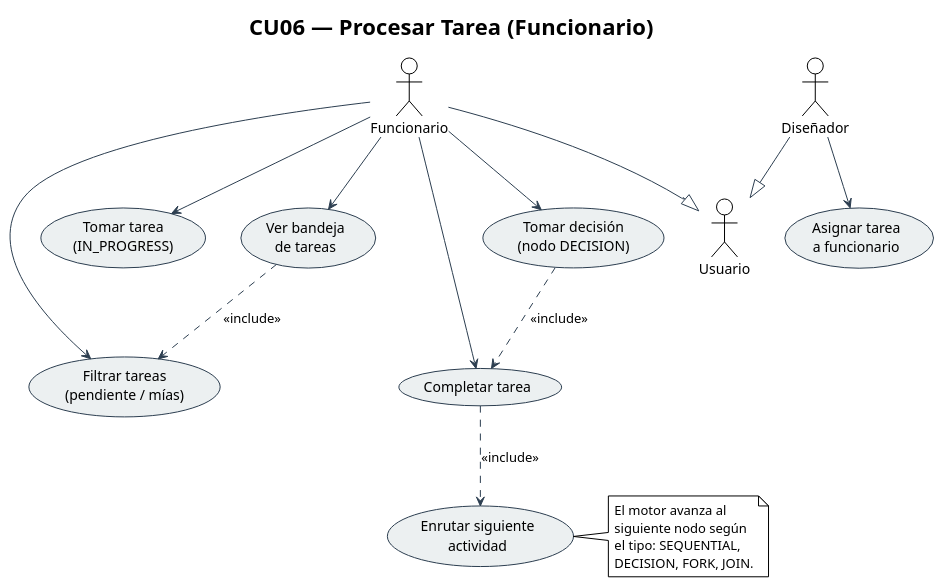
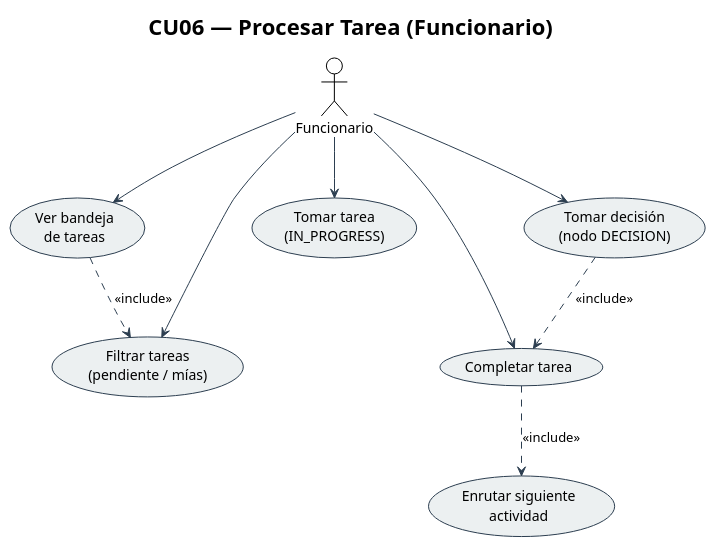
The diagram in docs/uml/cu06_procesar_tarea.puml (luisfernandoAngulo28/Examen1SW1), drawn with PlantUML before and after one commit. The commit also changed 61 other files, not shown here.

Commit message:
docs+feat: commit all documentation, UML diagrams, ai-service routes, mobile app updates

```diff
--- a/docs/uml/cu06_procesar_tarea.puml
+++ b/docs/uml/cu06_procesar_tarea.puml
@@ -1,46 +1,36 @@
 @startuml CU06_Procesar_Tarea
 !theme plain
 skinparam actorStyle default
 skinparam usecaseBorderColor #2C3E50
 skinparam usecaseBackgroundColor #ECF0F1
 skinparam arrowColor #2C3E50
 
 title CU06 — Procesar Tarea (Funcionario)
 
 ' ── Actores ──
 actor "Funcionario" as OFFICER
-actor "Diseñador"   as DESIGNER
-actor "Usuario"     as USER
 
-OFFICER  --|> USER
-DESIGNER --|> USER
+
 
 ' ── Casos de uso ──
 usecase "Ver bandeja\nde tareas"              as UC_INBOX
 usecase "Filtrar tareas\n(pendiente / mías)"  as UC_FILTER
 usecase "Tomar tarea\n(IN_PROGRESS)"          as UC_TAKE
-usecase "Asignar tarea\na funcionario"        as UC_ASSIGN
 usecase "Completar tarea"                     as UC_COMPLETE
 usecase "Tomar decisión\n(nodo DECISION)"     as UC_DECIDE
 usecase "Enrutar siguiente\nactividad"        as UC_ROUTE
 
 ' ── Relaciones ──
 OFFICER  --> UC_INBOX
 OFFICER  --> UC_FILTER
 OFFICER  --> UC_TAKE
 OFFICER  --> UC_COMPLETE
 OFFICER  --> UC_DECIDE
-DESIGNER --> UC_ASSIGN
 
 UC_INBOX    ..> UC_FILTER   : <<include>>
 UC_COMPLETE ..> UC_ROUTE    : <<include>>
 UC_DECIDE   ..> UC_COMPLETE : <<include>>
 
-note right of UC_ROUTE
-  El motor avanza al
-  siguiente nodo según
-  el tipo: SEQUENTIAL,
-  DECISION, FORK, JOIN.
-end note
+
 
 @enduml
```
